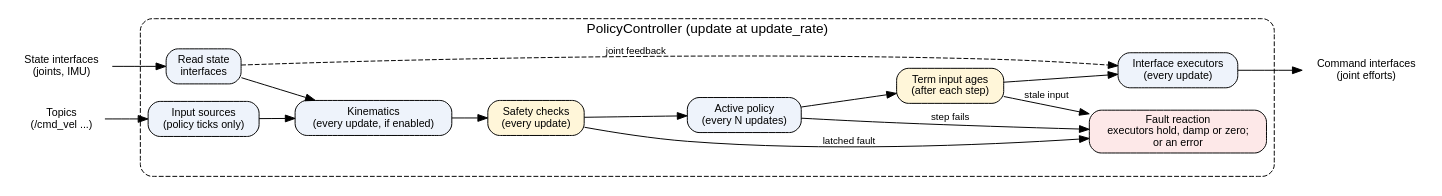
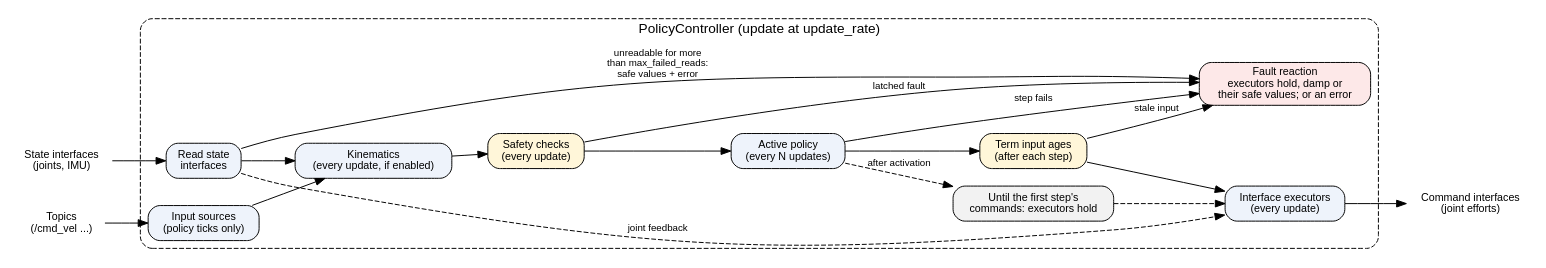
Before and after one commit to saikishor/ros2_policy_framework: the second of 3 diagrams in docs/hosts.rst, drawn with Graphviz. The commit also changed other lines of this file, not shown here.

Commit message:
Add the hold, read failure and waiting paths to the host diagrams and correct the fault reactions

```diff
--- a/docs/hosts.rst
+++ b/docs/hosts.rst
@@ -59,33 +63,37 @@
 .. graphviz::
 
    digraph controller_host {
      rankdir=LR;
      node [shape=box, style="rounded,filled", fillcolor="#eef3fb", fontname="Helvetica", fontsize=11];
      edge [fontname="Helvetica", fontsize=10];
      hw_in [label="State interfaces\n(joints, IMU)", shape=plaintext, fillcolor=none];
      topics [label="Topics\n(/cmd_vel ...)", shape=plaintext, fillcolor=none];
      subgraph cluster_ctrl {
        label="PolicyController (update at update_rate)"; style="rounded,dashed"; fontname="Helvetica";
        read [label="Read state\ninterfaces"];
        sources [label="Input sources\n(policy ticks only)"];
        kin [label="Kinematics\n(every update, if enabled)"];
        safety [label="Safety checks\n(every update)", fillcolor="#fff6d9"];
        policy [label="Active policy\n(every N updates)"];
        ages [label="Term input ages\n(after each step)", fillcolor="#fff6d9"];
        execs [label="Interface executors\n(every update)"];
-       fault [label="Fault reaction\nexecutors hold, damp or zero;\nor an error", fillcolor="#fde8e8"];
+       fault [label="Fault reaction\nexecutors hold, damp or\ntheir safe values; or an error", fillcolor="#fde8e8"];
+       hold [label="Until the first step's\ncommands: executors hold", fillcolor="#f2f2f2"];
        read -> kin;
        sources -> kin;
        kin -> safety;
        safety -> policy;
        policy -> ages -> execs;
        safety -> fault [label="latched fault"];
        policy -> fault [label="step fails"];
        ages -> fault [label="stale input"];
        read -> execs [label="joint feedback", style=dashed];
+       read -> fault [label="unreadable for more\nthan max_failed_reads:\nsafe values + error"];
+       policy -> hold [label="after activation", style=dashed];
+       hold -> execs [style=dashed];
      }
      hw_out [label="Command interfaces\n(joint efforts)", shape=plaintext, fillcolor=none];
      hw_in -> read;
      topics -> sources;
      execs -> hw_out;
    }
```
